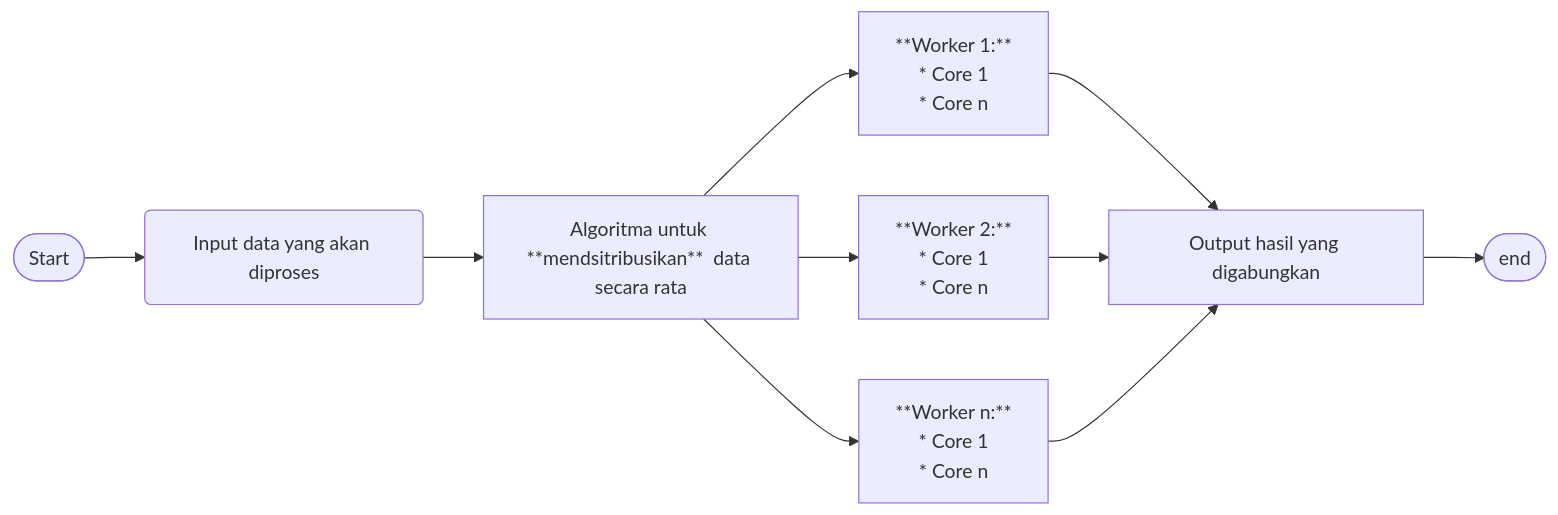
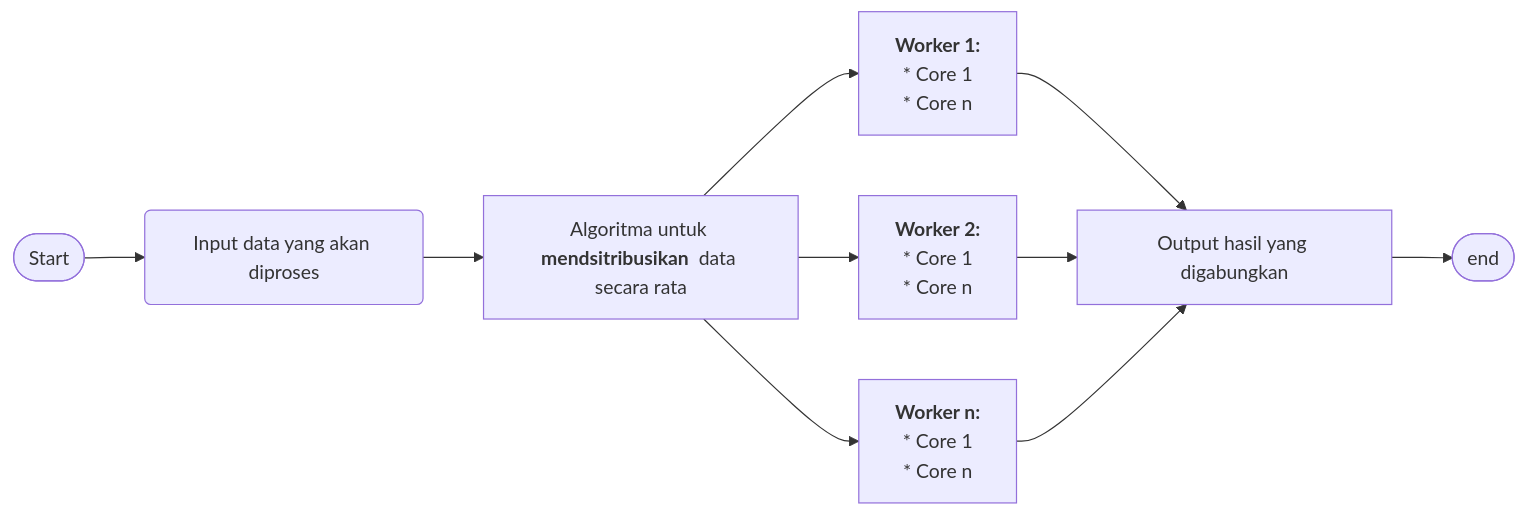
One commit to AminBadani/Final-Project-Komputasi-Paralel-Terdistribusi changed the diagram in README.md. Above: the diagram before and after it, drawn with Mermaid. The commit also changed other lines of this file, not shown here.

Commit message:
update readme.md; mermaid diagram

````diff
--- a/README.md
+++ b/README.md
@@ -15,15 +13,15 @@
 ```mermaid
 flowchart LR
   A([Start]) --> B(Input data yang akan diproses)
-  B --> C[Algoritma untuk **mendsitribusikan**  data secara rata] 
+  B --> C["`Algoritma untuk **mendsitribusikan**  data secara rata`"] 
   C --> 
-    D["**Worker 1:** 
+    D["`**Worker 1:** 
     * Core 1
-    * Core n"] & E["**Worker 2:** 
+    * Core n`"] & E["`**Worker 2:** 
     * Core 1
-    * Core n"] & F["**Worker n:** 
+    * Core n`"] & F["`**Worker n:** 
     * Core 1
-    * Core n"]
+    * Core n`"]
   D & E & F --> G[Output hasil yang digabungkan] 
   G --> Z([end])
 ```
````
